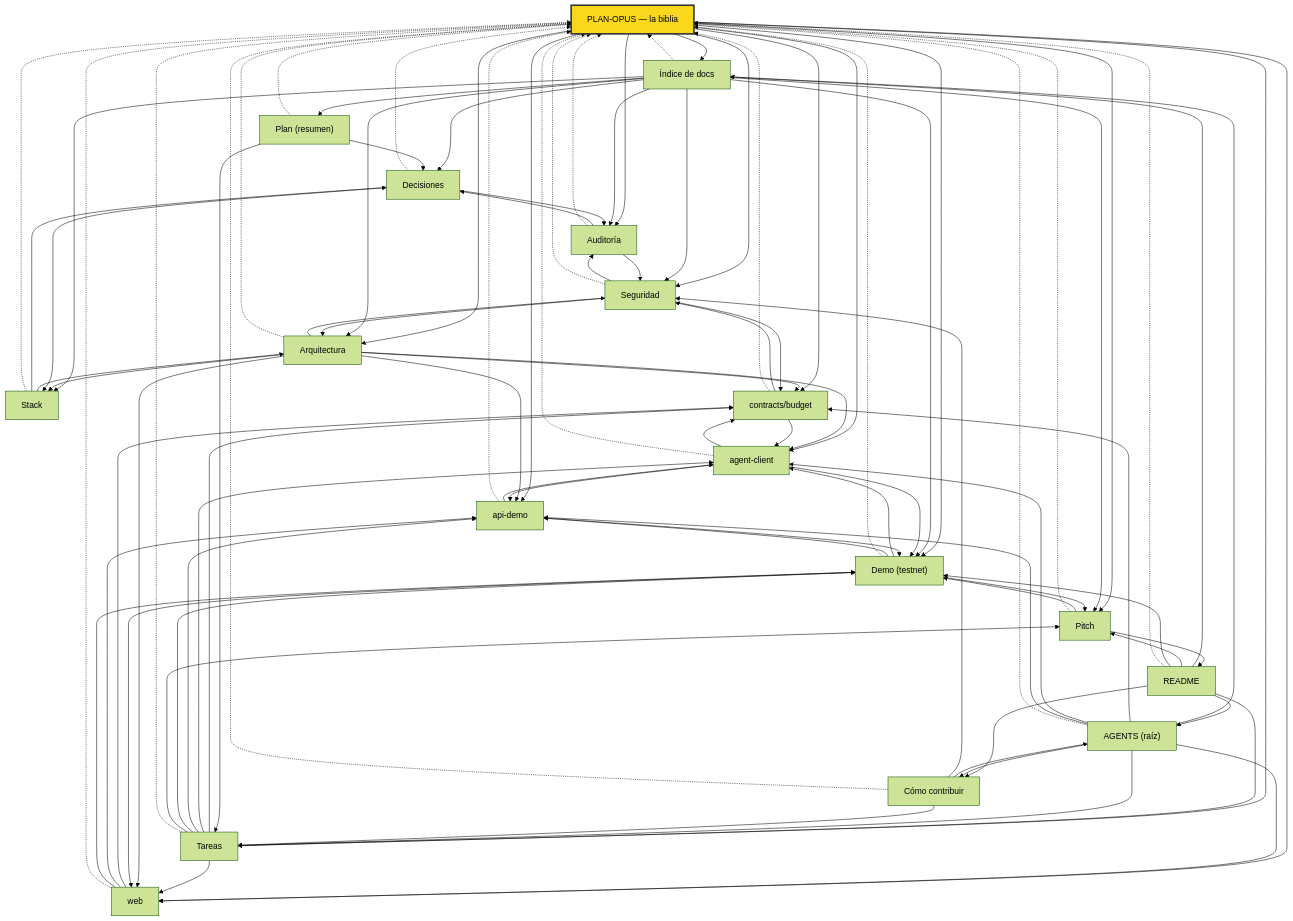
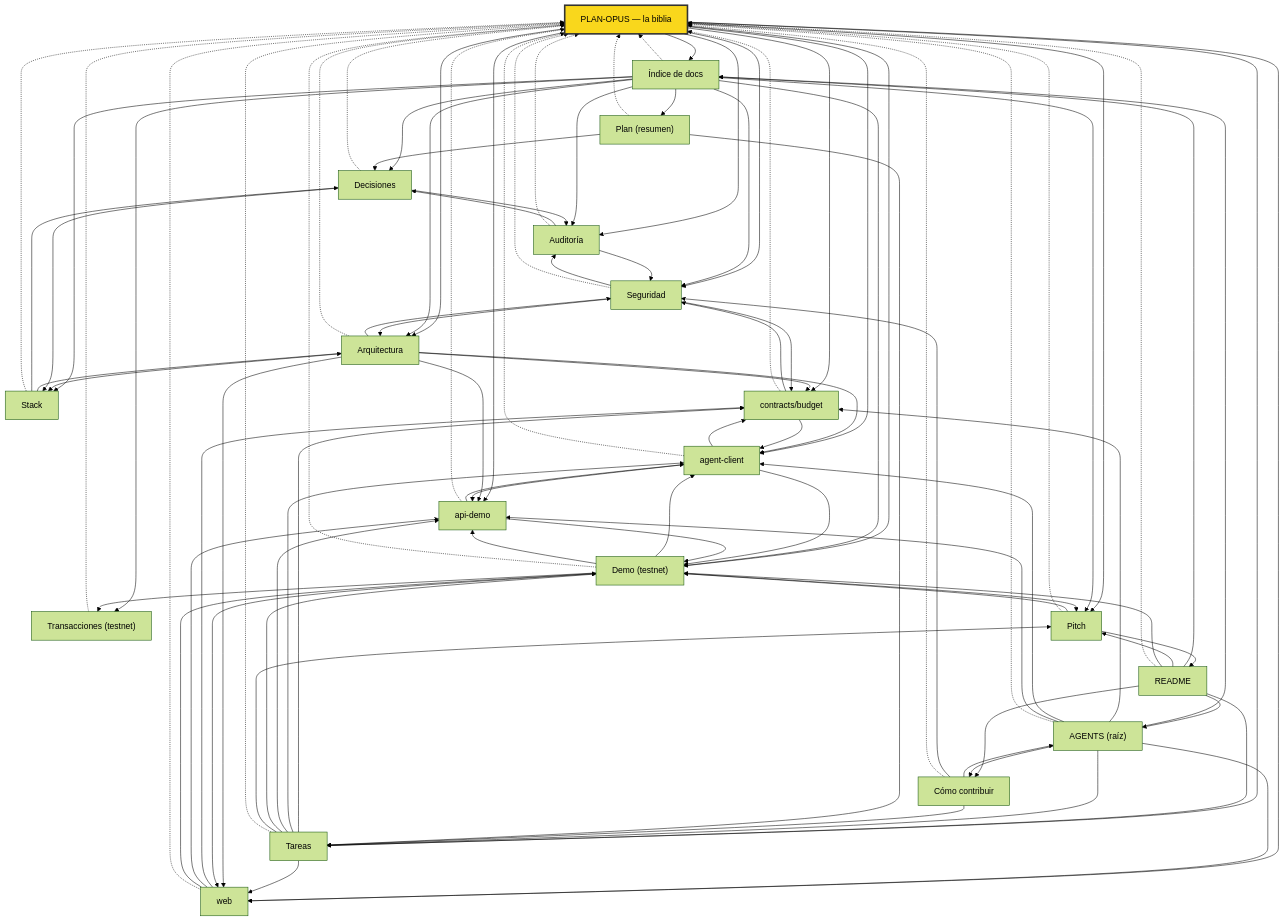
One commit to Milasur/quickchain changed the diagram in docs/MAPA.md. Above: the diagram before and after it, drawn with Mermaid (forest theme). The commit also changed other lines of this file and 9 other files, not shown here.

```diff
--- a/docs/MAPA.md
+++ b/docs/MAPA.md
@@ -17,6 +17,7 @@
   docs_SEGURIDAD_md["Seguridad"]
   docs_AUDITORIA_md["Auditoría"]
   docs_DEMO_md["Demo (testnet)"]
+  docs_transacciones_md["Transacciones (testnet)"]
   docs_PITCH_md["Pitch"]
   contracts_budget_AGENTS_md["contracts/budget"]
   agent_client_AGENTS_md["agent-client"]
@@ -64,6 +65,7 @@
   docs_INDICE_md --> docs_AUDITORIA_md
   docs_INDICE_md --> docs_DEMO_md
   docs_INDICE_md --> docs_PITCH_md
+  docs_INDICE_md --> docs_transacciones_md
   docs_PLAN_md --> docs_DECISIONES_md
   docs_PLAN_md --> TAREAS_md
   docs_ARQUITECTURA_md --> docs_STACK_md
@@ -82,6 +84,7 @@
   docs_AUDITORIA_md --> docs_DECISIONES_md
   docs_AUDITORIA_md --> docs_SEGURIDAD_md
   docs_DEMO_md --> docs_PITCH_md
+  docs_DEMO_md --> docs_transacciones_md
   docs_DEMO_md --> agent_client_AGENTS_md
   docs_DEMO_md --> api_demo_AGENTS_md
   docs_DEMO_md --> web_AGENTS_md
@@ -110,6 +113,7 @@
   docs_AUDITORIA_md -.-> docs_PLAN_OPUS_md
   docs_DEMO_md -.-> docs_PLAN_OPUS_md
   docs_PITCH_md -.-> docs_PLAN_OPUS_md
+  docs_transacciones_md -.-> docs_PLAN_OPUS_md
   contracts_budget_AGENTS_md -.-> docs_PLAN_OPUS_md
   agent_client_AGENTS_md -.-> docs_PLAN_OPUS_md
   api_demo_AGENTS_md -.-> docs_PLAN_OPUS_md
```
